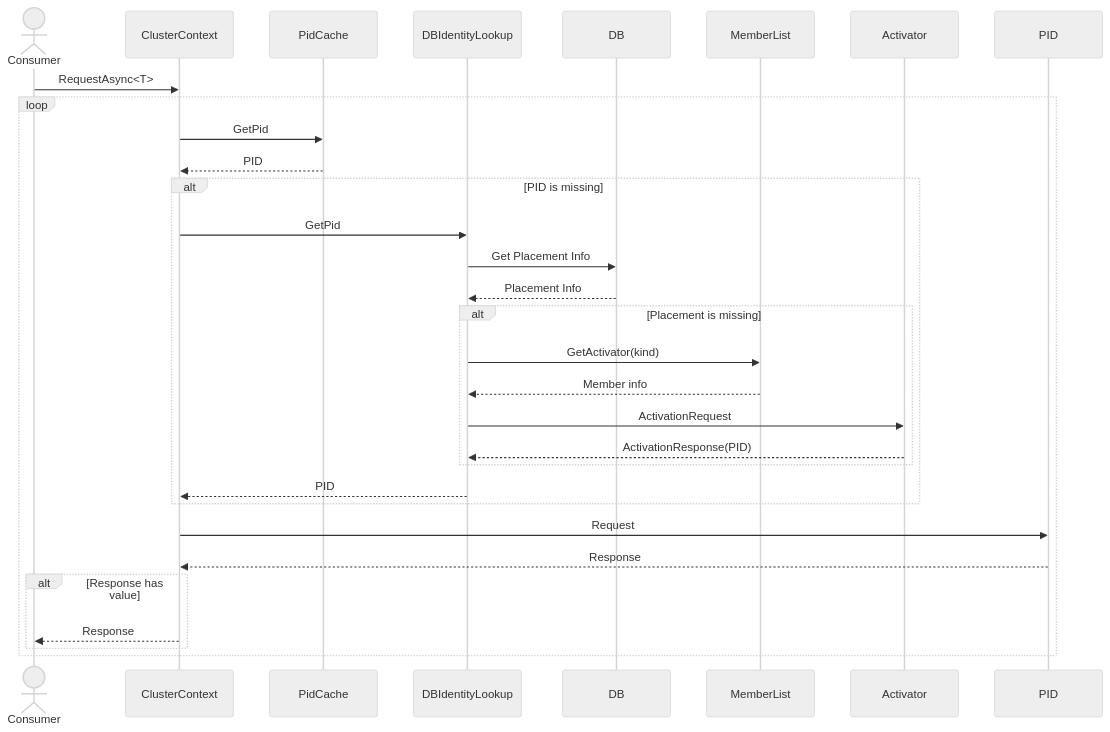
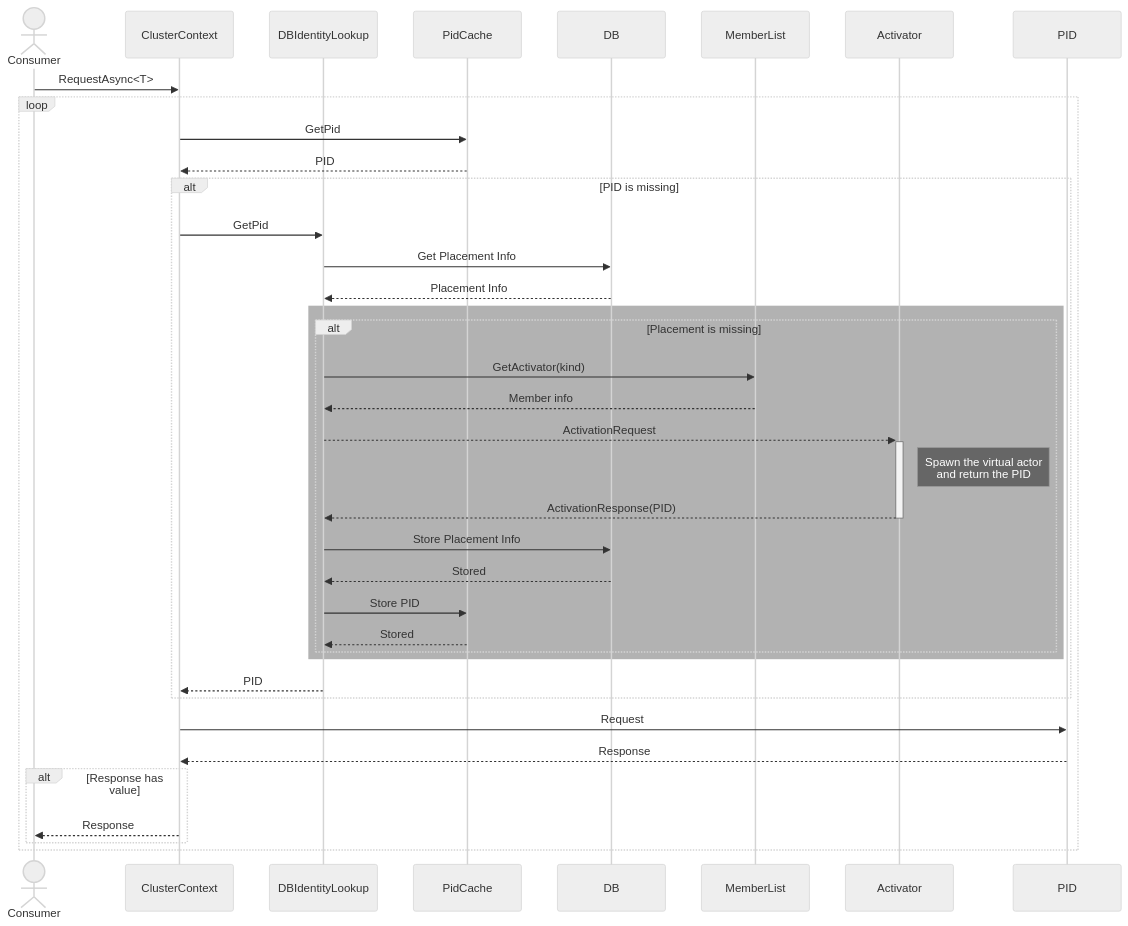
The diagram in hugo/content/docs/cluster/db-identity-lookup.md (asynkron/protoactor-website), drawn with Mermaid (neutral theme) before and after one commit. The commit also changed other lines of this file and 2 other files, not shown here.

````diff
--- a/hugo/content/docs/cluster/db-identity-lookup.md
+++ b/hugo/content/docs/cluster/db-identity-lookup.md
@@ -12,32 +14,41 @@
 ```mermaid
 sequenceDiagram
 
     actor Consumer
     participant ClusterContext
+    participant DBIdentityLookup
     participant PidCache
-    participant DBIdentityLookup
     participant DB
+    participant MemberList
+    participant Activator
 
     Consumer->>ClusterContext: RequestAsync<T>
     loop
         ClusterContext->>PidCache: GetPid
         PidCache-->>ClusterContext: PID
         alt PID is missing
             ClusterContext->>DBIdentityLookup: GetPid
             DBIdentityLookup->>DB: Get Placement Info
             DB-->>DBIdentityLookup: Placement Info
-            alt Placement is missing
-                DBIdentityLookup->>MemberList: GetActivator(kind)
-                MemberList-->>DBIdentityLookup: Member info
-                DBIdentityLookup->>Activator: ActivationRequest
-                Activator-->>DBIdentityLookup: ActivationResponse(PID)
+            rect rgba(0, 0, 0, 0.3)
+                alt Placement is missing
+                    DBIdentityLookup->>MemberList: GetActivator(kind)
+                    MemberList-->>DBIdentityLookup: Member info
+                    DBIdentityLookup-->>+Activator: ActivationRequest
+                    note right of Activator: Spawn the virtual actor<br>and return the PID
+                    Activator-->>-DBIdentityLookup: ActivationResponse(PID)
+                    DBIdentityLookup->>DB: Store Placement Info
+                    DB-->>DBIdentityLookup:Stored
+                    DBIdentityLookup->>PidCache: Store PID
+                    PidCache-->>DBIdentityLookup: Stored
+                end
             end
             DBIdentityLookup-->>ClusterContext: PID
         end
         ClusterContext->>PID: Request
         PID-->>ClusterContext: Response
         alt Response has value
             ClusterContext-->>Consumer: Response
         end
     end
 ```
````
